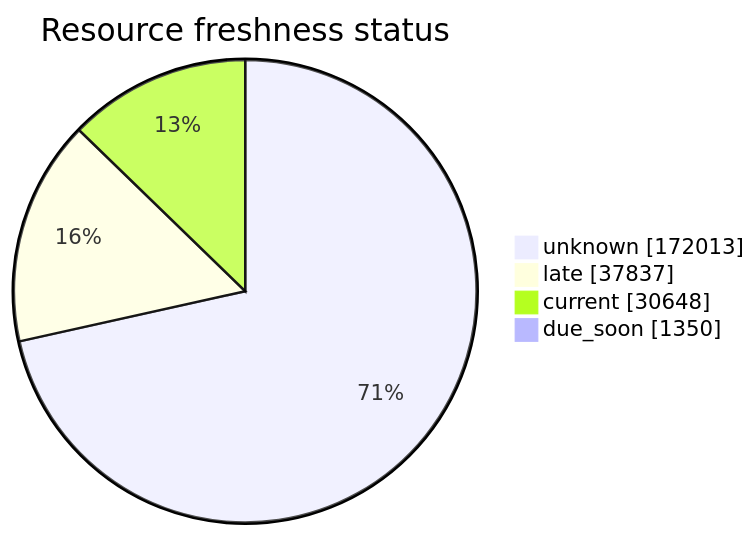
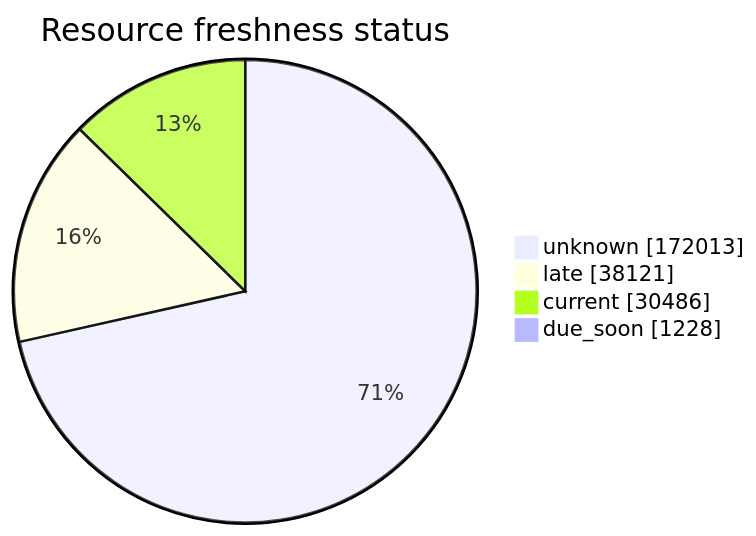
One commit to open-data/analytics-corporate-reporting changed the third of 5 diagrams in FreshCheck/README.md. Above: the diagram before and after it, drawn with Mermaid. The commit also changed other lines of this file and 3 other files, not shown here.

````diff
--- a/FreshCheck/README.md
+++ b/FreshCheck/README.md
@@ -77,7 +77,7 @@
 ```mermaid
 pie showData title Resource freshness status
     "unknown": 172013
-    "late": 37837
-    "current": 30648
-    "due_soon": 1350
+    "late": 38121
+    "current": 30486
+    "due_soon": 1228
 ```
````
